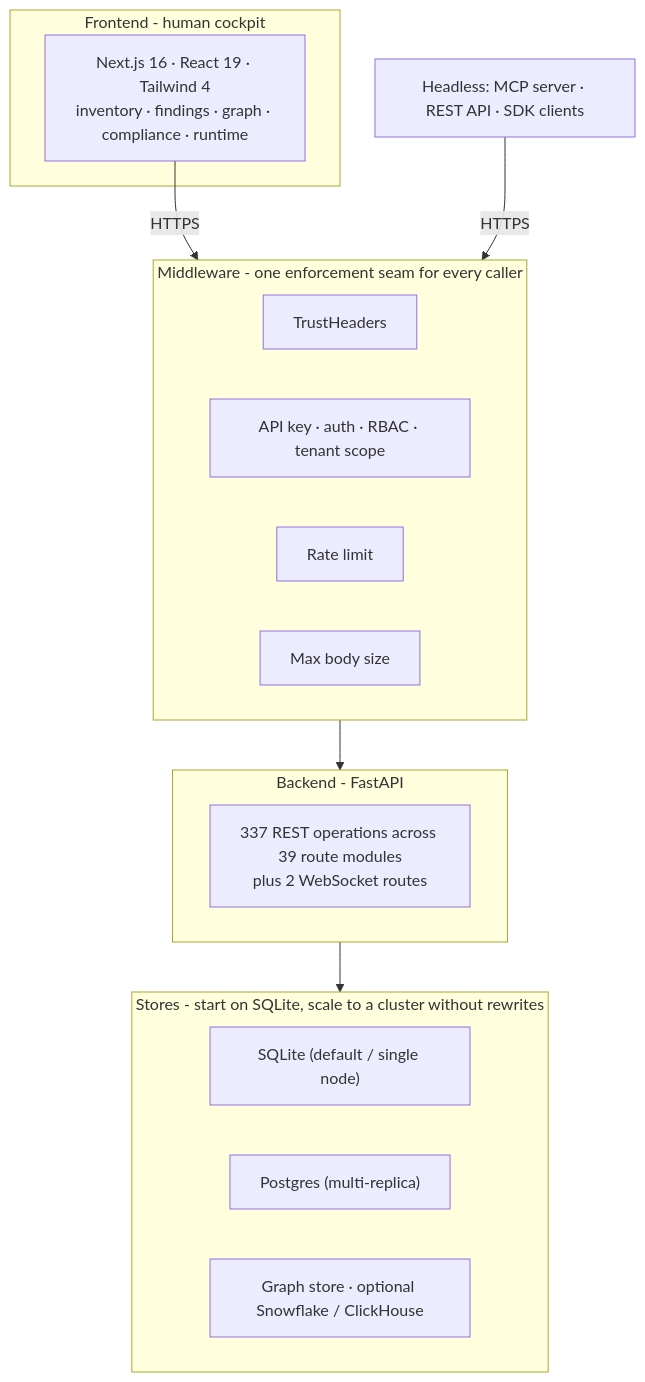
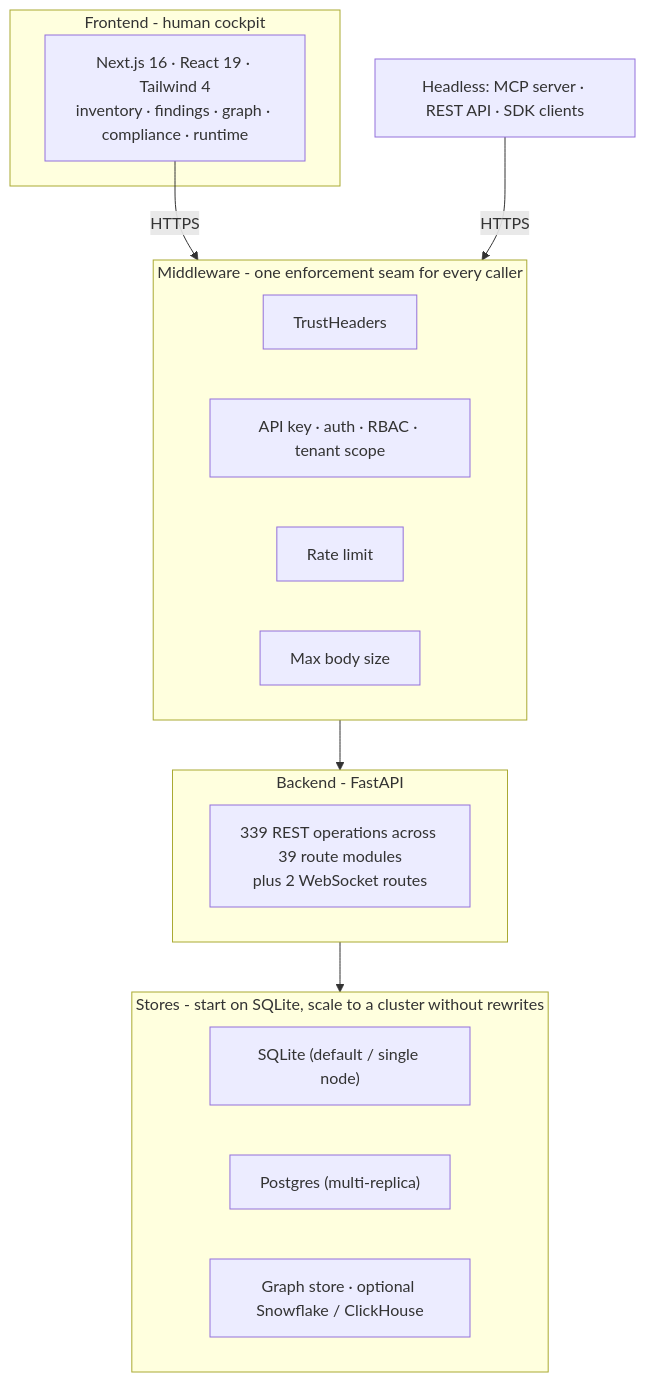
One commit to msaad00/agent-bom changed the fourth of 9 diagrams in docs/ARCHITECTURE.md. Above: the diagram before and after it, drawn with Mermaid. The commit also changed 19 other files, not shown here.

````diff
--- a/docs/ARCHITECTURE.md
+++ b/docs/ARCHITECTURE.md
@@ -146,26 +146,26 @@
 ```mermaid
 flowchart TB
     subgraph FE["Frontend - human cockpit"]
         UI["Next.js 16 · React 19 · Tailwind 4\ninventory · findings · graph · compliance · runtime"]
     end
     subgraph MW["Middleware - one enforcement seam for every caller"]
         M1["TrustHeaders"]
         M2["API key · auth · RBAC · tenant scope"]
         M3["Rate limit"]
         M4["Max body size"]
     end
     subgraph BE["Backend - FastAPI"]
-        R["337 REST operations across 39 route modules\nplus 2 WebSocket routes"]
+        R["339 REST operations across 39 route modules\nplus 2 WebSocket routes"]
     end
     subgraph ST["Stores - start on SQLite, scale to a cluster without rewrites"]
         S1["SQLite (default / single node)"]
         S2["Postgres (multi-replica)"]
         S3["Graph store · optional Snowflake / ClickHouse"]
     end
 
     EXTAGENT["Headless: MCP server · REST API · SDK clients"]
 
     UI -->|HTTPS| MW
     EXTAGENT -->|HTTPS| MW
     MW --> BE --> ST
 ```
````
